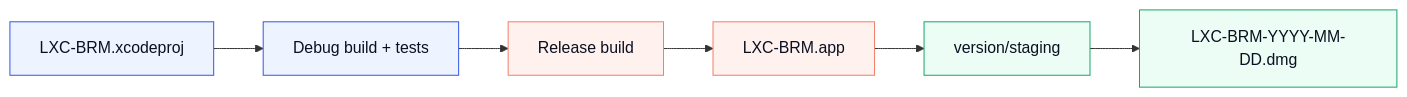
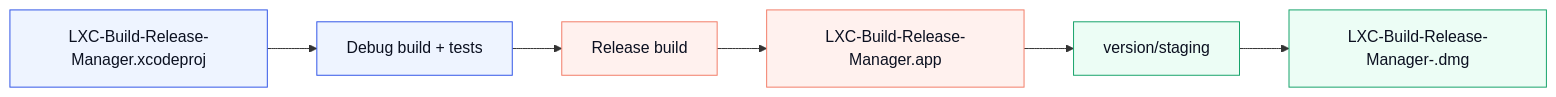
One commit to Sage2vish/LXC-Build-Release-Manager changed the third of 4 diagrams in README.md. Above: the diagram before and after it, drawn with Mermaid. The commit also changed other lines of this file and 27 other files, not shown here.

````diff
--- a/README.md
+++ b/README.md
@@ -149,15 +160,15 @@
 ```mermaid
 flowchart LR
-    source["LXC-BRM.xcodeproj"] --> debug["Debug build + tests"]
+    source["LXC-Build-Release-Manager.xcodeproj"] --> debug["Debug build + tests"]
     debug --> release["Release build"]
-    release --> app["LXC-BRM.app"]
+    release --> app["LXC-Build-Release-Manager.app"]
     app --> stage["version/staging"]
-    stage --> dmg["LXC-BRM-YYYY-MM-DD.dmg"]
+    stage --> dmg["LXC-Build-Release-Manager-<version>.dmg"]
 
     classDef verify fill:#EEF4FF,stroke:#3155E7,color:#0B1020;
     classDef package fill:#FFF1EE,stroke:#F27D68,color:#0B1020;
     classDef artifact fill:#ECFDF5,stroke:#16A36A,color:#0B1020;
     class source,debug verify;
     class release,app package;
     class stage,dmg artifact;
 ```
````
